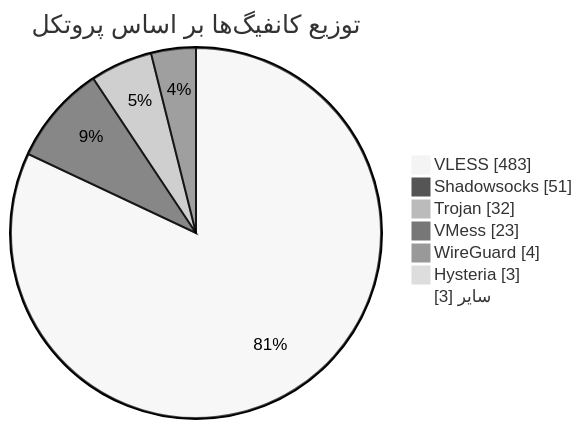
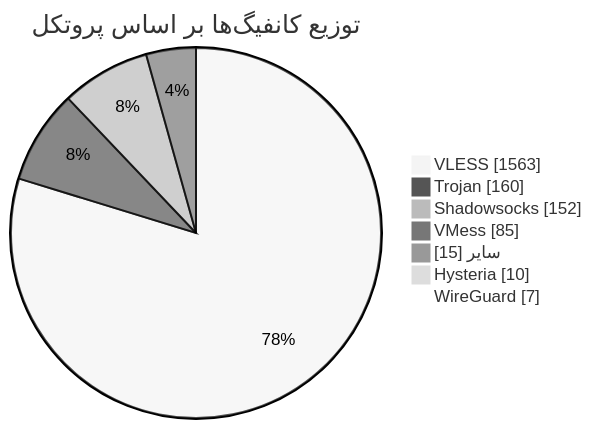
The diagram in README.md (Arian-Alijani/Somthing), drawn with Mermaid (neutral theme) before and after one commit. The commit also changed other lines of this file and 21 other files, not shown here.

````diff
--- a/README.md
+++ b/README.md
@@ -49,11 +49,11 @@
 ```mermaid
 pie showData
     title توزیع کانفیگ‌ها بر اساس پروتکل
-    "VLESS" : 483
-    "Shadowsocks" : 51
-    "Trojan" : 32
-    "VMess" : 23
-    "WireGuard" : 4
-    "Hysteria" : 3
-    "سایر" : 3
+    "VLESS" : 1563
+    "Trojan" : 160
+    "Shadowsocks" : 152
+    "VMess" : 85
+    "سایر" : 15
+    "Hysteria" : 10
+    "WireGuard" : 7
 ```
````
